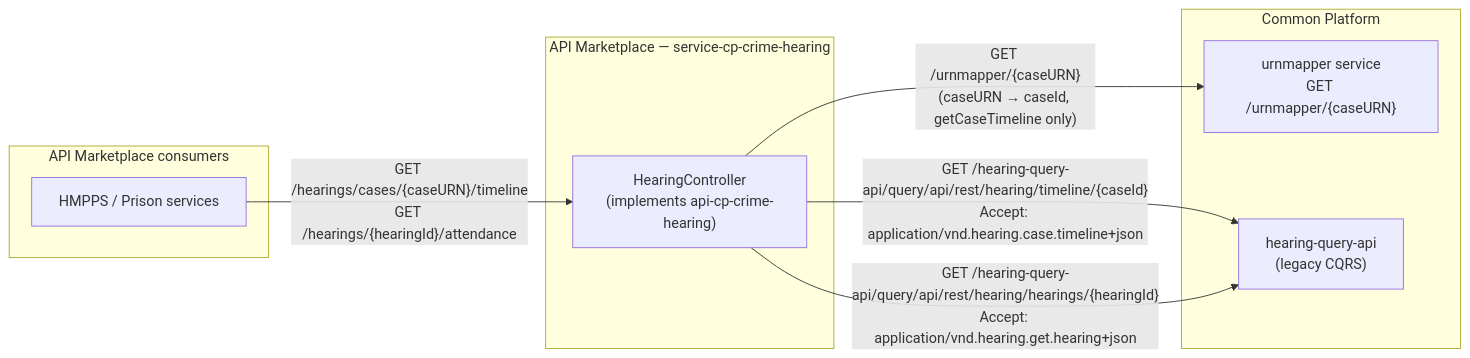
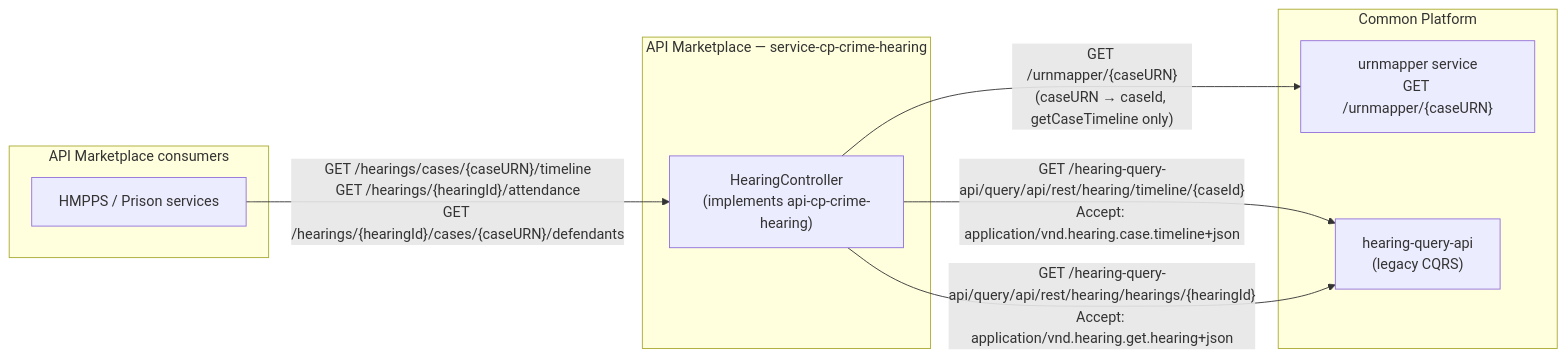
The first of 5 diagrams in docs/architecture.md (hmcts/service-cp-crime-hearing), drawn with Mermaid before and after one commit. The commit also changed other lines of this file, not shown here.

First line of the commit message:
docs: update architecture diagram for getDefendants (3rd API)

````diff
--- a/docs/architecture.md
+++ b/docs/architecture.md
@@ -10,21 +10,21 @@
 ```mermaid
 flowchart LR
     subgraph Consumers["API Marketplace consumers"]
         HMPPS["HMPPS / Prison services"]
     end
 
     subgraph APIM["API Marketplace — service-cp-crime-hearing"]
         Hearing["HearingController\n(implements api-cp-crime-hearing)"]
     end
 
     subgraph CP["Common Platform"]
         UrnMapper["urnmapper service\nGET /urnmapper/{caseURN}"]
         HearingQueryApi["hearing-query-api\n(legacy CQRS)"]
     end
 
-    HMPPS -->|"GET /hearings/cases/{caseURN}/timeline\nGET /hearings/{hearingId}/attendance"| Hearing
+    HMPPS -->|"GET /hearings/cases/{caseURN}/timeline\nGET /hearings/{hearingId}/attendance\nGET /hearings/{hearingId}/cases/{caseURN}/defendants"| Hearing
 
     Hearing -->|"GET /urnmapper/{caseURN}\n(caseURN → caseId, getCaseTimeline only)"| UrnMapper
     Hearing -->|"GET /hearing-query-api/query/api/rest/hearing/timeline/{caseId}\nAccept: application/vnd.hearing.case.timeline+json"| HearingQueryApi
     Hearing -->|"GET /hearing-query-api/query/api/rest/hearing/hearings/{hearingId}\nAccept: application/vnd.hearing.get.hearing+json"| HearingQueryApi
 ```
````
